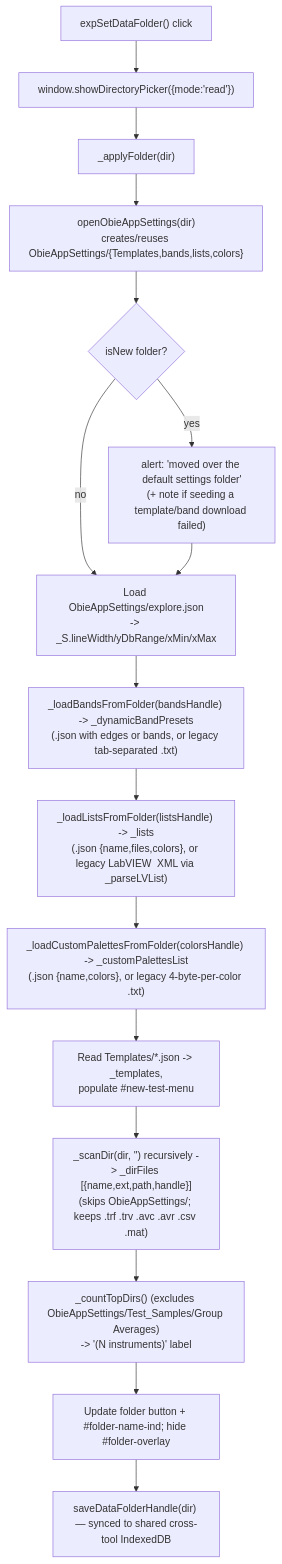
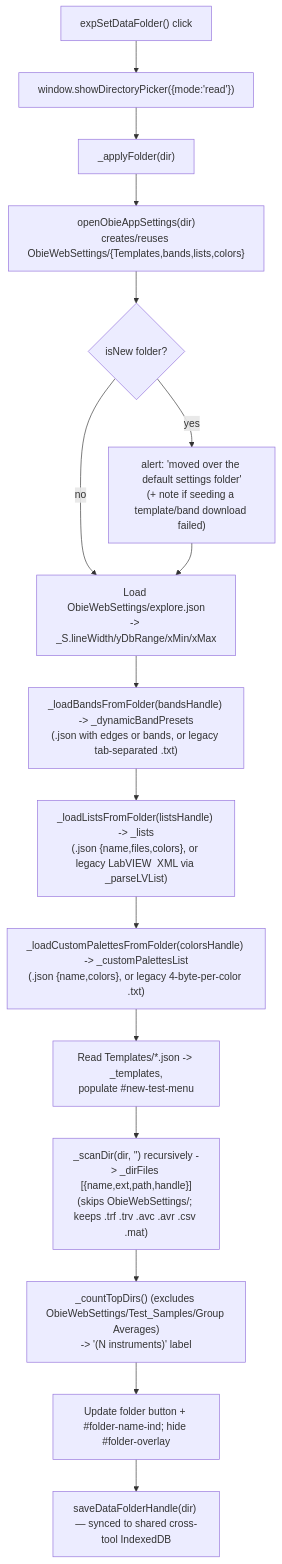
One commit to chrisbuerginrogers/ObieApp changed the third of 8 diagrams in Web/tools/explore/FLOWCHART.md. Above: the diagram before and after it, drawn with Mermaid. The commit also changed other lines of this file and 28 other files, not shown here.

First line of the commit message:
Rename settings folder ObieAppSettings to ObieWebSettings

````diff
--- a/Web/tools/explore/FLOWCHART.md
+++ b/Web/tools/explore/FLOWCHART.md
@@ -74,18 +74,18 @@
 ```mermaid
 flowchart TD
     A["expSetDataFolder() click"] --> B["window.showDirectoryPicker({mode:'read'})"]
     B --> C["_applyFolder(dir)"]
-    C --> D["openObieAppSettings(dir)\ncreates/reuses ObieAppSettings/{Templates,bands,lists,colors}"]
+    C --> D["openObieAppSettings(dir)\ncreates/reuses ObieWebSettings/{Templates,bands,lists,colors}"]
     D --> E{"isNew folder?"}
     E -- yes --> F["alert: 'moved over the default settings folder'\n(+ note if seeding a template/band download failed)"]
-    E -- no --> G["Load ObieAppSettings/explore.json\n-> _S.lineWidth/yDbRange/xMin/xMax"]
+    E -- no --> G["Load ObieWebSettings/explore.json\n-> _S.lineWidth/yDbRange/xMin/xMax"]
     F --> G
     G --> H["_loadBandsFromFolder(bandsHandle) -> _dynamicBandPresets\n(.json with edges or bands, or legacy tab-separated .txt)"]
     H --> I["_loadListsFromFolder(listsHandle) -> _lists\n(.json {name,files,colors}, or legacy LabVIEW <Array><Cluster> XML via _parseLVList)"]
     I --> J["_loadCustomPalettesFromFolder(colorsHandle) -> _customPalettesList\n(.json {name,colors}, or legacy 4-byte-per-color .txt)"]
     J --> K["Read Templates/*.json -> _templates,\npopulate #new-test-menu"]
-    K --> L["_scanDir(dir, '') recursively -> _dirFiles [{name,ext,path,handle}]\n(skips ObieAppSettings/; keeps .trf .trv .avc .avr .csv .mat)"]
-    L --> M["_countTopDirs() (excludes ObieAppSettings/Test_Samples/Group Averages)\n-> '(N instruments)' label"]
+    K --> L["_scanDir(dir, '') recursively -> _dirFiles [{name,ext,path,handle}]\n(skips ObieWebSettings/; keeps .trf .trv .avc .avr .csv .mat)"]
+    L --> M["_countTopDirs() (excludes ObieWebSettings/Test_Samples/Group Averages)\n-> '(N instruments)' label"]
     M --> N["Update folder button + #folder-name-ind; hide #folder-overlay"]
     N --> O["saveDataFolderHandle(dir) — synced to shared cross-tool IndexedDB"]
 ```
````
